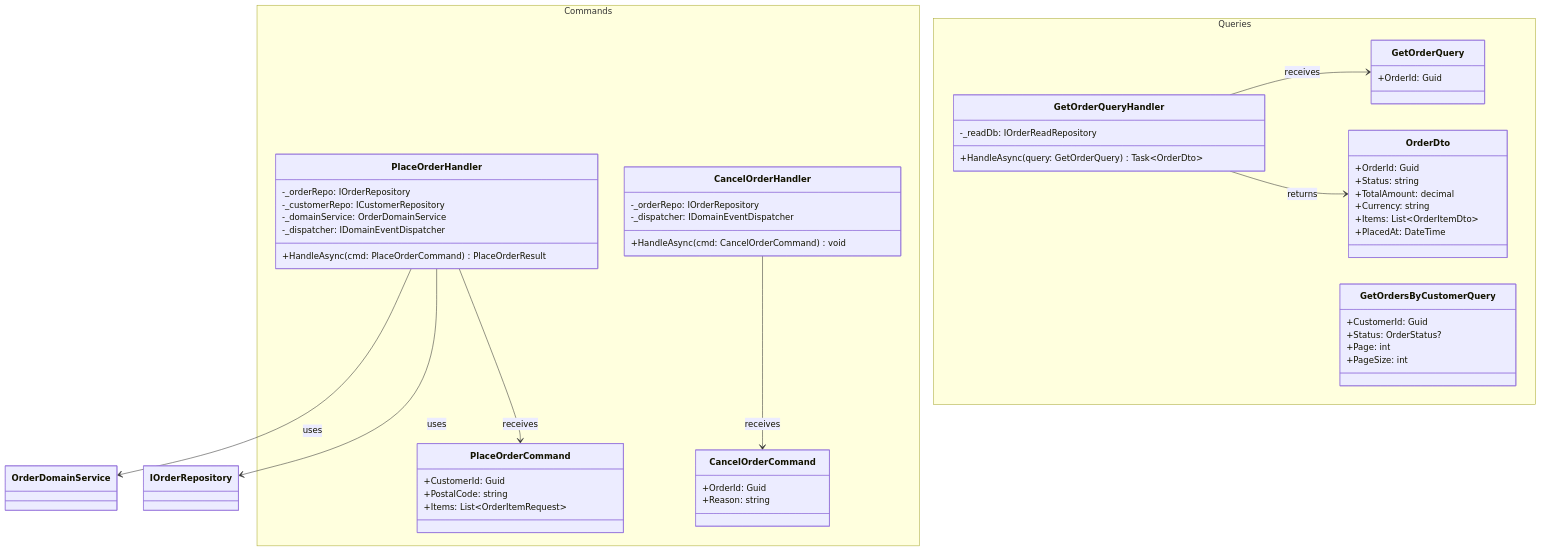
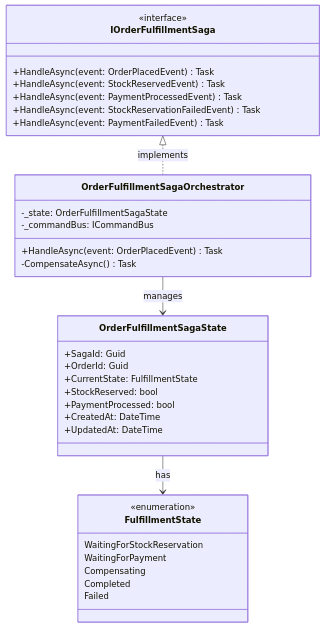
Before and after one commit to SakakitaniJunya/zenn-articles: diagram 12 of 17 in books/ddd-complete-guide/21-class-diagrams.md, drawn with Mermaid. The commit also changed other lines of this file and 26 other files, not shown here.

````diff
--- a/books/ddd-complete-guide/21-class-diagrams.md
+++ b/books/ddd-complete-guide/21-class-diagrams.md
@@ -337,57 +622,41 @@
 ```mermaid
 classDiagram
-    namespace Commands {
-        class PlaceOrderCommand {
-            +CustomerId: Guid
-            +PostalCode: string
-            +Items: List~OrderItemRequest~
-        }
-        class CancelOrderCommand {
-            +OrderId: Guid
-            +Reason: string
-        }
-        class PlaceOrderHandler {
-            -_orderRepo: IOrderRepository
-            -_customerRepo: ICustomerRepository
-            -_domainService: OrderDomainService
-            -_dispatcher: IDomainEventDispatcher
-            +HandleAsync(cmd: PlaceOrderCommand) PlaceOrderResult
-        }
-        class CancelOrderHandler {
-            -_orderRepo: IOrderRepository
-            -_dispatcher: IDomainEventDispatcher
-            +HandleAsync(cmd: CancelOrderCommand) void
-        }
+    class IOrderFulfillmentSaga {
+        <<interface>>
+        +HandleAsync(event: OrderPlacedEvent) Task
+        +HandleAsync(event: StockReservedEvent) Task
+        +HandleAsync(event: PaymentProcessedEvent) Task
+        +HandleAsync(event: StockReservationFailedEvent) Task
+        +HandleAsync(event: PaymentFailedEvent) Task
     }
 
-    namespace Queries {
-        class GetOrderQuery {
-            +OrderId: Guid
-        }
-        class GetOrdersByCustomerQuery {
-            +CustomerId: Guid
-            +Status: OrderStatus?
-            +Page: int
-            +PageSize: int
-        }
-        class OrderDto {
-            +OrderId: Guid
-            +Status: string
-            +TotalAmount: decimal
-            +Currency: string
-            +Items: List~OrderItemDto~
-            +PlacedAt: DateTime
-        }
-        class GetOrderQueryHandler {
-            -_readDb: IOrderReadRepository
-            +HandleAsync(query: GetOrderQuery) Task~OrderDto~
-        }
+    class OrderFulfillmentSagaState {
+        +SagaId: Guid
+        +OrderId: Guid
+        +CurrentState: FulfillmentState
+        +StockReserved: bool
+        +PaymentProcessed: bool
+        +CreatedAt: DateTime
+        +UpdatedAt: DateTime
     }
 
-    PlaceOrderHandler --> PlaceOrderCommand : receives
-    CancelOrderHandler --> CancelOrderCommand : receives
-    GetOrderQueryHandler --> GetOrderQuery : receives
-    GetOrderQueryHandler --> OrderDto : returns
-    PlaceOrderHandler --> IOrderRepository : uses
-    PlaceOrderHandler --> OrderDomainService : uses
+    class FulfillmentState {
+        <<enumeration>>
+        WaitingForStockReservation
+        WaitingForPayment
+        Compensating
+        Completed
+        Failed
+    }
+
+    class OrderFulfillmentSagaOrchestrator {
+        -_state: OrderFulfillmentSagaState
+        -_commandBus: ICommandBus
+        +HandleAsync(event: OrderPlacedEvent) Task
+        -CompensateAsync() Task
+    }
+
+    IOrderFulfillmentSaga <|.. OrderFulfillmentSagaOrchestrator : implements
+    OrderFulfillmentSagaOrchestrator --> OrderFulfillmentSagaState : manages
+    OrderFulfillmentSagaState --> FulfillmentState : has
 ```
````
